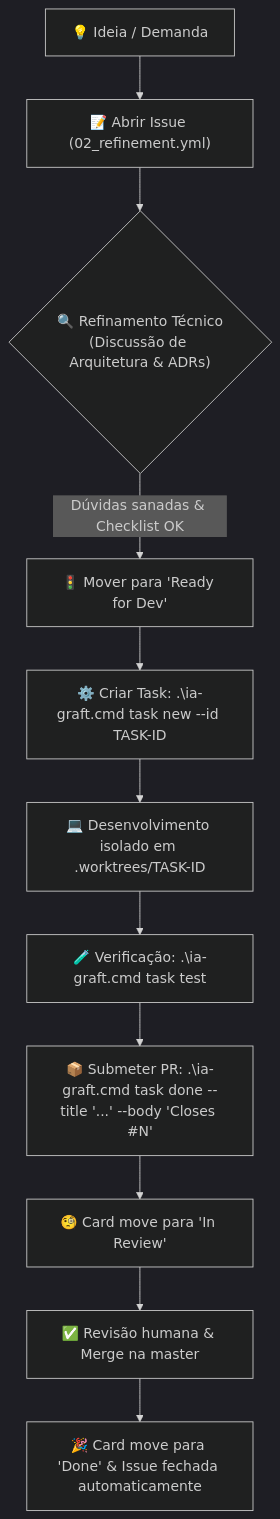
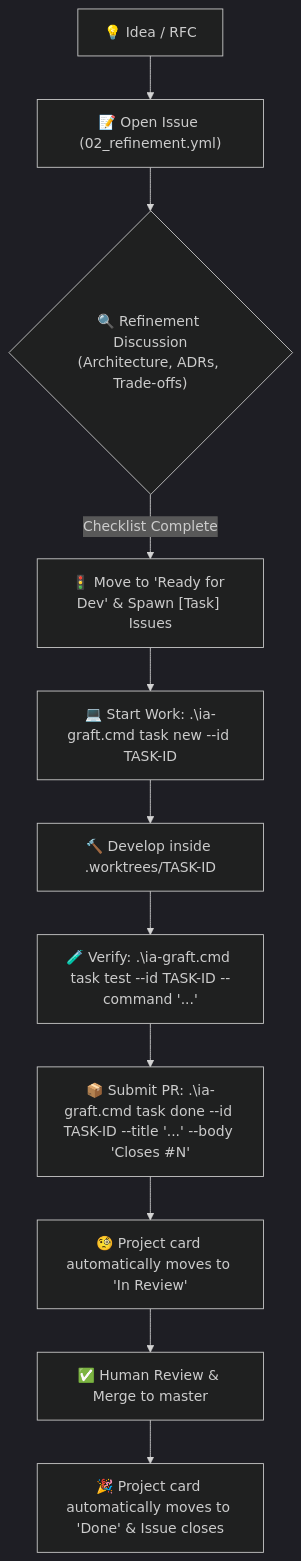
The diagram in docs/GITHUB_PROJECTS_AND_ISSUES.md (TassoossaT/Grafting-Monorepo), drawn with Mermaid (dark theme) before and after one commit. The commit also changed other lines of this file and 6 other files, not shown here.

Commit message:
docs(github): update issue templates and project management guide to English

````diff
--- a/docs/GITHUB_PROJECTS_AND_ISSUES.md
+++ b/docs/GITHUB_PROJECTS_AND_ISSUES.md
@@ -146,13 +178,13 @@
 ```mermaid
 flowchart TD
-    A["💡 Ideia / Demanda"] --> B["📝 Abrir Issue (02_refinement.yml)"]
-    B --> C{"🔍 Refinamento Técnico<br/>(Discussão de Arquitetura & ADRs)"}
-    C -->|Dúvidas sanadas & Checklist OK| D["🚦 Mover para 'Ready for Dev'"]
-    D --> E["⚙️ Criar Task: .\ia-graft.cmd task new --id TASK-ID"]
-    E --> F["💻 Desenvolvimento isolado em .worktrees/TASK-ID"]
-    F --> G["🧪 Verificação: .\ia-graft.cmd task test"]
-    G --> H["📦 Submeter PR: .\ia-graft.cmd task done --title '...' --body 'Closes #N'"]
-    H --> I["🧐 Card move para 'In Review'"]
-    I --> J["✅ Revisão humana & Merge na master"]
-    J --> K["🎉 Card move para 'Done' & Issue fechada automaticamente"]
+    A["💡 Idea / RFC"] --> B["📝 Open Issue (02_refinement.yml)"]
+    B --> C{"🔍 Refinement Discussion<br/>(Architecture, ADRs, Trade-offs)"}
+    C -->|Checklist Complete| D["🚦 Move to 'Ready for Dev' & Spawn [Task] Issues"]
+    D --> E["💻 Start Work: .\ia-graft.cmd task new --id TASK-ID"]
+    E --> F["🔨 Develop inside .worktrees/TASK-ID"]
+    F --> G["🧪 Verify: .\ia-graft.cmd task test --id TASK-ID --command '...'"]
+    G --> H["📦 Submit PR: .\ia-graft.cmd task done --id TASK-ID --title '...' --body 'Closes #N'"]
+    H --> I["🧐 Project card automatically moves to 'In Review'"]
+    I --> J["✅ Human Review & Merge to master"]
+    J --> K["🎉 Project card automatically moves to 'Done' & Issue closes"]
 ```
````
